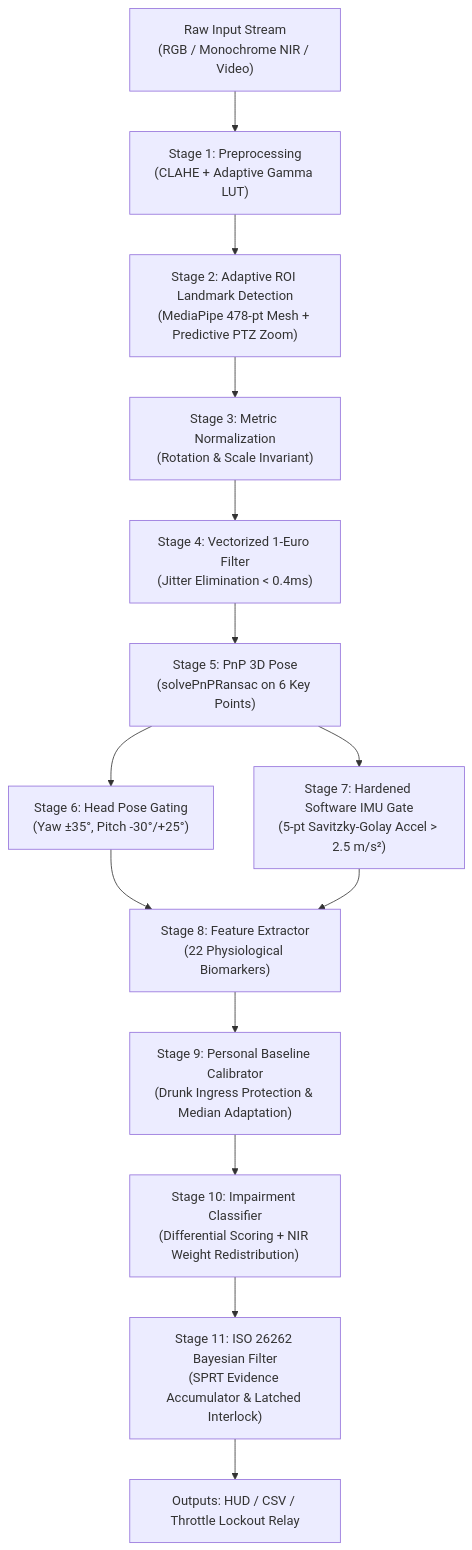
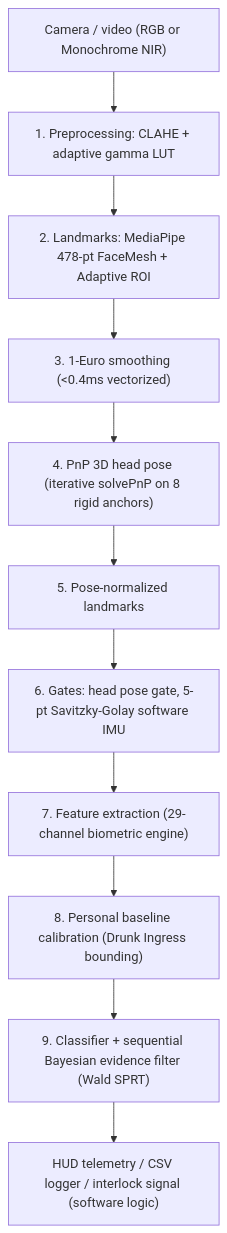
Before and after one commit to Thanos3541R/The_Overclocked: the diagram in README.md, drawn with Mermaid. The commit also changed other lines of this file, not shown here.

````diff
--- a/README.md
+++ b/README.md
@@ -70,15 +39,13 @@
 ```mermaid
 flowchart TD
-    A["Raw Input Stream<br/>(RGB / Monochrome NIR / Video)"] --> B["Stage 1: Preprocessing<br/>(CLAHE + Adaptive Gamma LUT)"]
-    B --> C["Stage 2: Adaptive ROI Landmark Detection<br/>(MediaPipe 478-pt Mesh + Predictive PTZ Zoom)"]
-    C --> D["Stage 3: Metric Normalization<br/>(Rotation & Scale Invariant)"]
-    D --> E["Stage 4: Vectorized 1-Euro Filter<br/>(Jitter Elimination < 0.4ms)"]
-    E --> F["Stage 5: PnP 3D Pose<br/>(solvePnPRansac on 6 Key Points)"]
-    F --> G["Stage 6: Head Pose Gating<br/>(Yaw ±35°, Pitch -30°/+25°)"]
-    F --> H["Stage 7: Hardened Software IMU Gate<br/>(5-pt Savitzky-Golay Accel > 2.5 m/s²)"]
-    G & H --> I["Stage 8: Feature Extractor<br/>(22 Physiological Biomarkers)"]
-    I --> J["Stage 9: Personal Baseline Calibrator<br/>(Drunk Ingress Protection & Median Adaptation)"]
-    J --> K["Stage 10: Impairment Classifier<br/>(Differential Scoring + NIR Weight Redistribution)"]
-    K --> L["Stage 11: ISO 26262 Bayesian Filter<br/>(SPRT Evidence Accumulator & Latched Interlock)"]
-    L --> M["Outputs: HUD / CSV / Throttle Lockout Relay"]
+    A["Camera / video (RGB or Monochrome NIR)"] --> B["1. Preprocessing: CLAHE + adaptive gamma LUT"]
+    B --> C["2. Landmarks: MediaPipe 478-pt FaceMesh + Adaptive ROI"]
+    C --> D["3. 1-Euro smoothing (<0.4ms vectorized)"]
+    D --> E["4. PnP 3D head pose (iterative solvePnP on 8 rigid anchors)"]
+    E --> F["5. Pose-normalized landmarks"]
+    F --> G["6. Gates: head pose gate, 5-pt Savitzky-Golay software IMU"]
+    G --> H["7. Feature extraction (29-channel biometric engine)"]
+    H --> I["8. Personal baseline calibration (Drunk Ingress bounding)"]
+    I --> J["9. Classifier + sequential Bayesian evidence filter (Wald SPRT)"]
+    J --> K["HUD telemetry / CSV logger / interlock signal (software logic)"]
 ```
````
